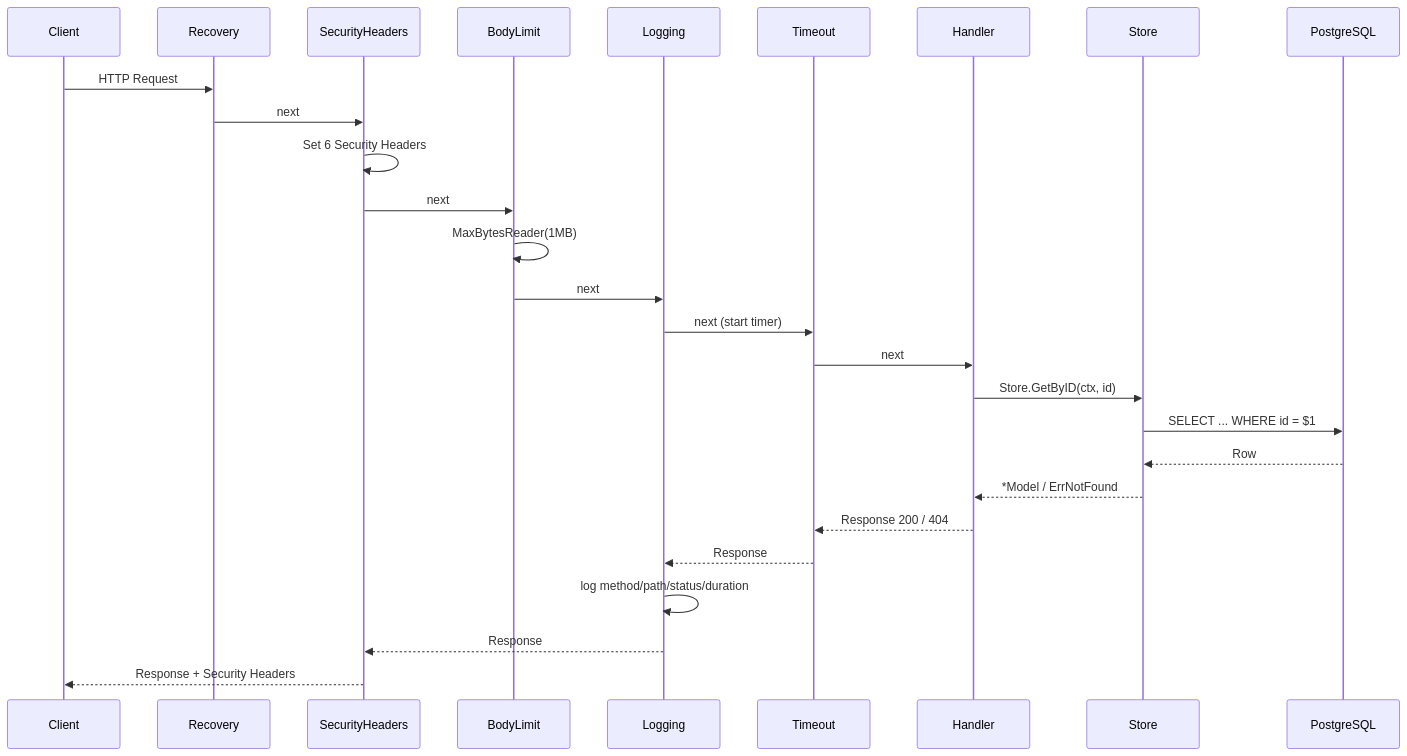
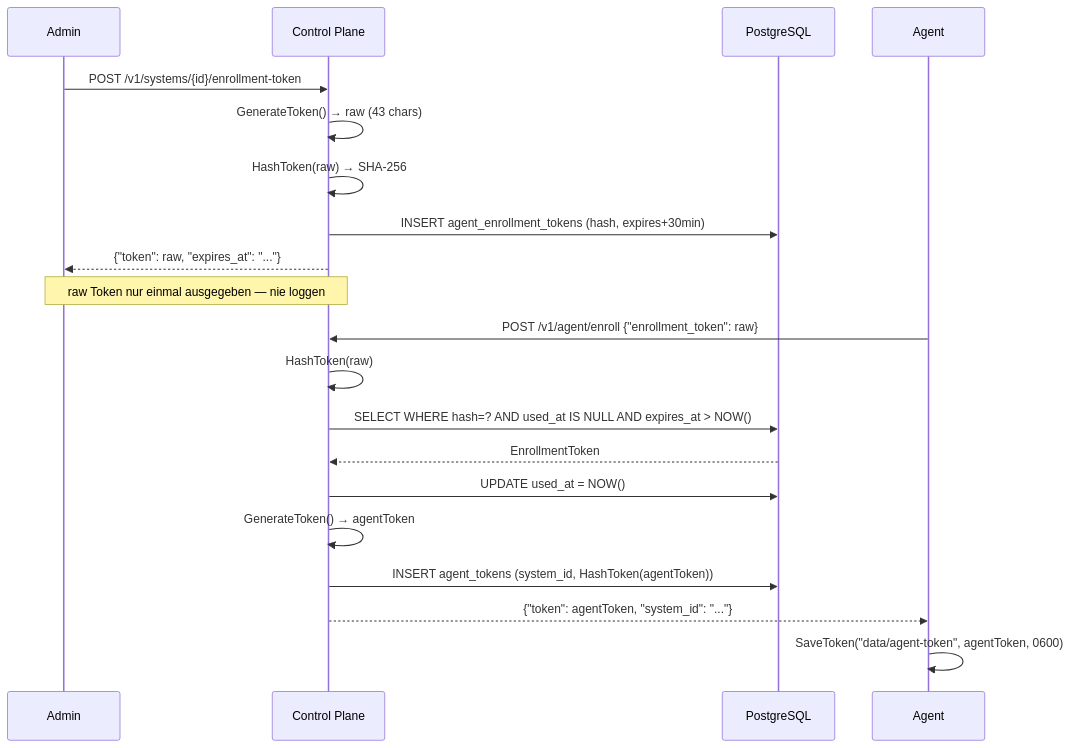
One commit to lucky7xz/opensourcebackup changed the fifth of 9 diagrams in docs/uml.md. Above: the diagram before and after it, drawn with Mermaid. The commit also changed other lines of this file and 9 other files, not shown here.

````diff
--- a/docs/uml.md
+++ b/docs/uml.md
@@ -182,30 +181,24 @@
 ```mermaid
 sequenceDiagram
-    participant C as Client
-    participant REC as Recovery
-    participant SEC as SecurityHeaders
-    participant LIM as BodyLimit
-    participant LOG as Logging
-    participant TO as Timeout
-    participant H as Handler
-    participant S as Store
+    participant ADM as Admin
+    participant CP as Control Plane
     participant DB as PostgreSQL
+    participant A as Agent
 
-    C->>REC: HTTP Request
-    REC->>SEC: next
-    SEC->>SEC: Set 6 Security Headers
-    SEC->>LIM: next
-    LIM->>LIM: MaxBytesReader(1MB)
-    LIM->>LOG: next
-    LOG->>TO: next (start timer)
-    TO->>H: next
-    H->>S: Store.GetByID(ctx, id)
-    S->>DB: SELECT ... WHERE id = $1
-    DB-->>S: Row
-    S-->>H: *Model / ErrNotFound
-    H-->>TO: Response 200 / 404
-    TO-->>LOG: Response
-    LOG->>LOG: log method/path/status/duration
-    LOG-->>SEC: Response
-    SEC-->>C: Response + Security Headers
+    ADM->>CP: POST /v1/systems/{id}/enrollment-token
+    CP->>CP: GenerateToken() → raw (43 chars)
+    CP->>CP: HashToken(raw) → SHA-256
+    CP->>DB: INSERT agent_enrollment_tokens (hash, expires+30min)
+    CP-->>ADM: {"token": raw, "expires_at": "..."}
+    Note over ADM,CP: raw Token nur einmal ausgegeben — nie loggen
+
+    A->>CP: POST /v1/agent/enroll {"enrollment_token": raw}
+    CP->>CP: HashToken(raw)
+    CP->>DB: SELECT WHERE hash=? AND used_at IS NULL AND expires_at > NOW()
+    DB-->>CP: EnrollmentToken
+    CP->>DB: UPDATE used_at = NOW()
+    CP->>CP: GenerateToken() → agentToken
+    CP->>DB: INSERT agent_tokens (system_id, HashToken(agentToken))
+    CP-->>A: {"token": agentToken, "system_id": "..."}
+    A->>A: SaveToken("data/agent-token", agentToken, 0600)
 ```
````
